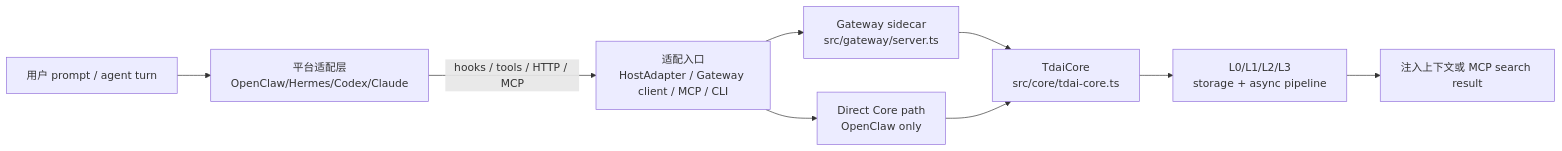
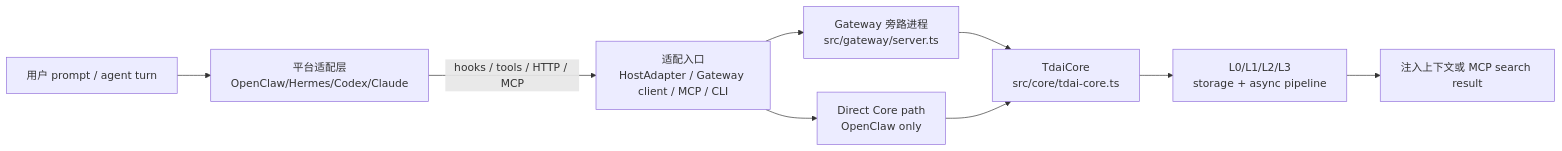
One commit to soongao/TencentDB-Agent-Memory changed the diagram in Rhino-Bird/tdai-memory-dissection/00-scope.md. Above: the diagram before and after it, drawn with Mermaid. The commit also changed other lines of this file and 17 other files, not shown here.

````diff
--- a/Rhino-Bird/tdai-memory-dissection/00-scope.md
+++ b/Rhino-Bird/tdai-memory-dissection/00-scope.md
@@ -33,11 +31,11 @@
 ```mermaid
 flowchart LR
   User["用户 prompt / agent turn"] --> Platform["平台适配层\nOpenClaw/Hermes/Codex/Claude"]
   Platform -->|"hooks / tools / HTTP / MCP"| Adapter["适配入口\nHostAdapter / Gateway client / MCP / CLI"]
-  Adapter --> Gateway["Gateway sidecar\nsrc/gateway/server.ts"]
+  Adapter --> Gateway["Gateway 旁路进程\nsrc/gateway/server.ts"]
   Adapter --> CoreDirect["Direct Core path\nOpenClaw only"]
   Gateway --> Core["TdaiCore\nsrc/core/tdai-core.ts"]
   CoreDirect --> Core
   Core --> Memory["L0/L1/L2/L3\nstorage + async pipeline"]
   Memory --> Recall["注入上下文或 MCP search result"]
 ```
````
